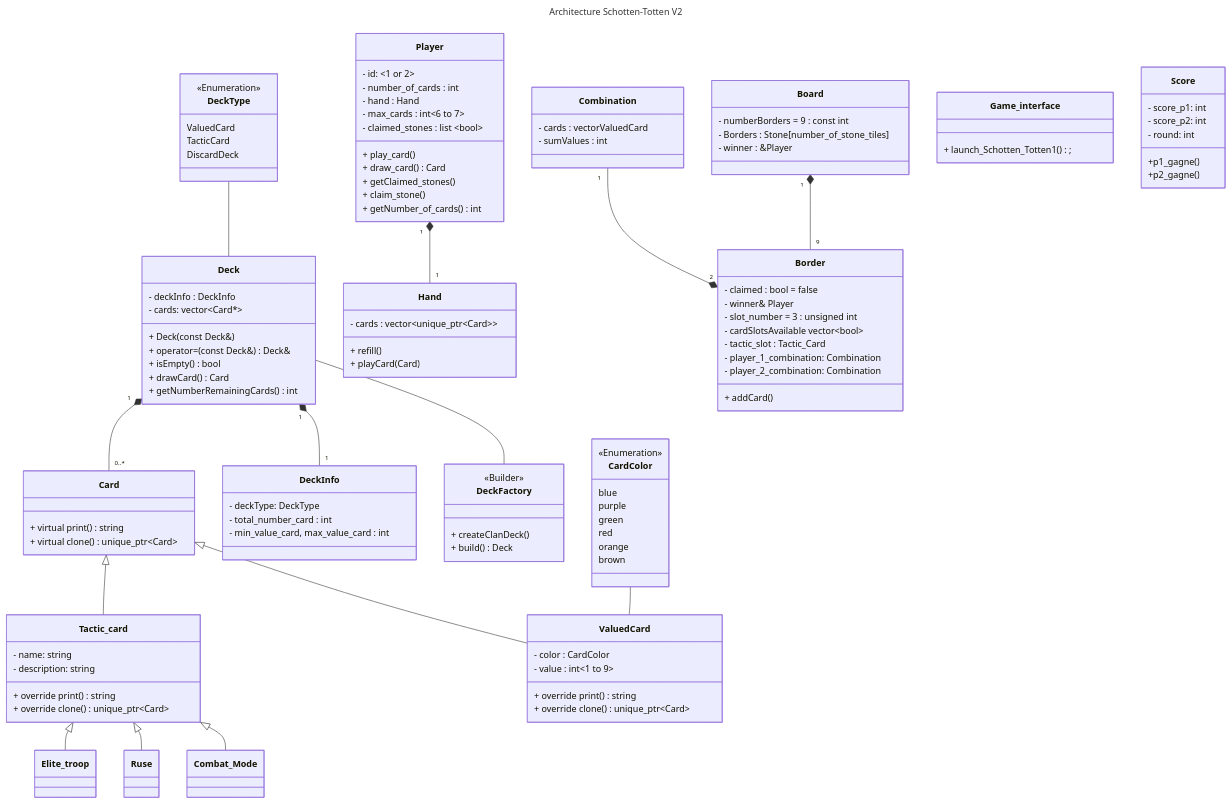
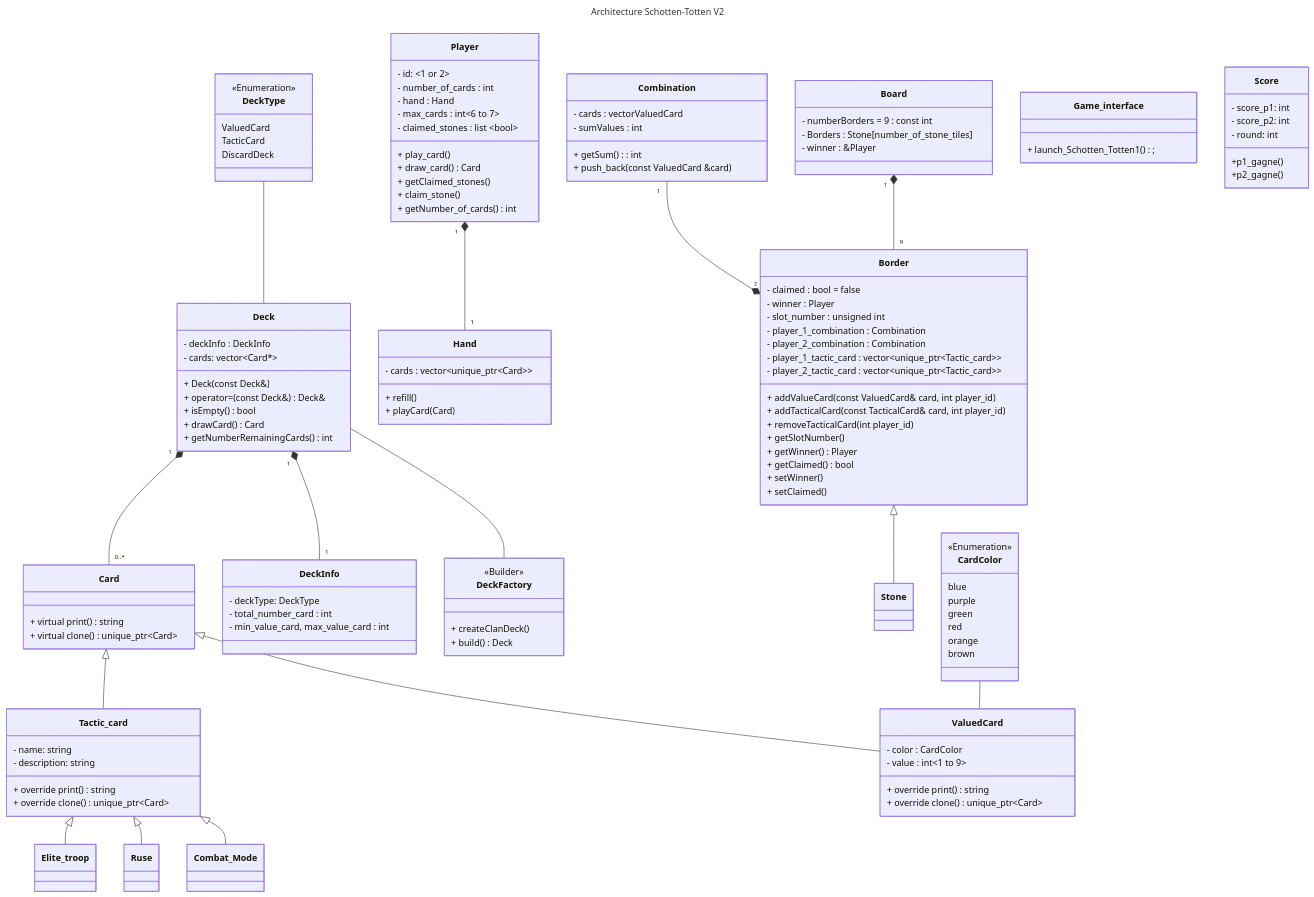
Before and after one commit to kilaposhi/Schotten-Totten: the first of 2 diagrams in documentation/UML_v2.md, drawn with Mermaid. The commit also changed other lines of this file and 11 other files, not shown here.

```diff
--- a/documentation/UML_v2.md
+++ b/documentation/UML_v2.md
@@ -20,6 +20,7 @@
     Player "1"*--"1" Hand
     Combination "1" --* "2" Border
     Board "1" *-- "9" Border
+    Border <|-- Stone
     Tactic_card <|-- Elite_troop
     Tactic_card <|-- Ruse
     Tactic_card <|-- Combat_Mode
@@ -60,17 +61,30 @@
 class Combination{
     - cards : vectorValuedCard
     - sumValues : int
+    + getSum() : int
+    + push_back(const ValuedCard &card)
 }
     
 class Border{
     - claimed : bool = false
-    - winner& Player
-    - slot_number = 3 : unsigned int
-    - cardSlotsAvailable vector~bool~
-    - tactic_slot : Tactic_Card
-    - player_1_combination: Combination
-    - player_2_combination:  Combination
-    + addCard()
+    - winner : Player
+    - slot_number : unsigned int
+    - player_1_combination : Combination
+    - player_2_combination :  Combination
+    - player_1_tactic_card : vector~unique_ptr~Tactic_card~~
+    - player_2_tactic_card : vector~unique_ptr~Tactic_card~~
+    + addValueCard(const ValuedCard& card, int player_id)
+    + addTacticalCard(const TacticalCard& card, int player_id)
+    + removeTacticalCard(int player_id)
+    + getSlotNumber()
+    + getWinner() Player
+    + getClaimed() bool
+    + setWinner()
+    + setClaimed()
+}
+
+class Stone{
+    
 }
 
 class Hand {
```
